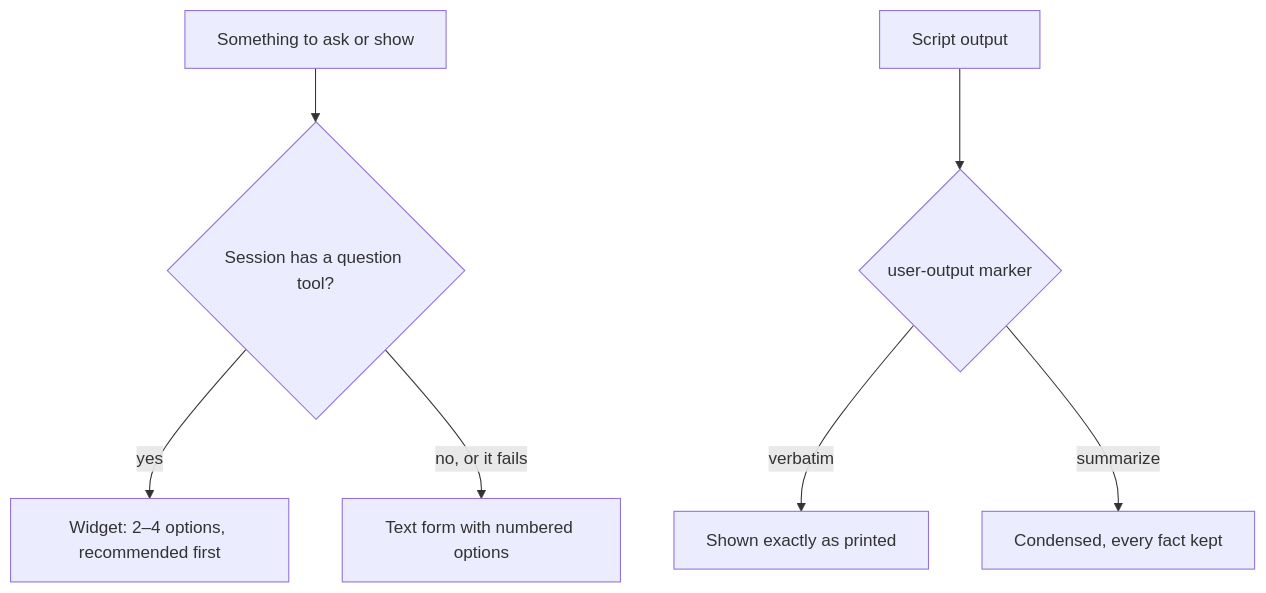
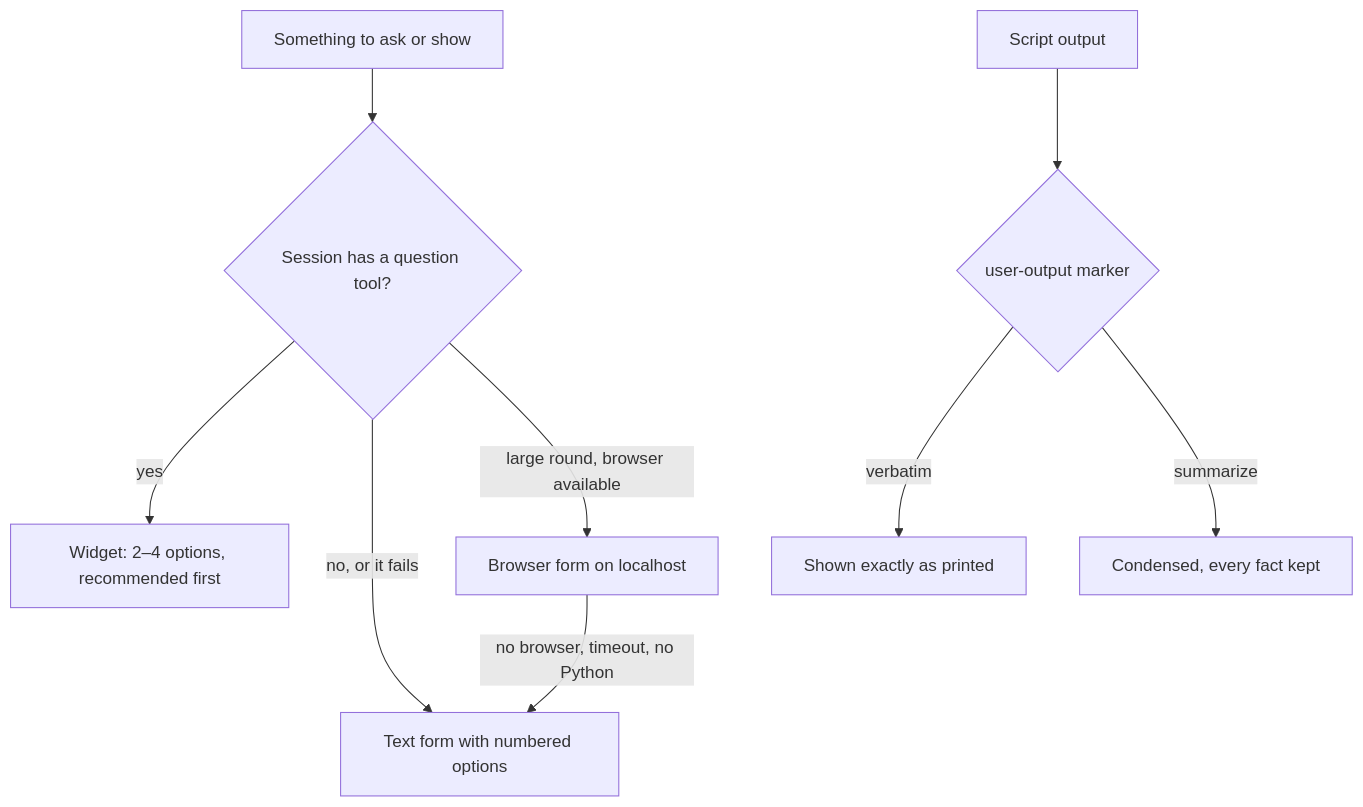
The diagram in skills/actions/an-dr-ai-use-user-interface/README.md (an-dr/agents), drawn with Mermaid before and after one commit. The commit also changed other lines of this file and 6 other files, not shown here.

First line of the commit message:
feat(policy): add a local browser form to the user-interface skill

````diff
--- a/skills/actions/an-dr-ai-use-user-interface/README.md
+++ b/skills/actions/an-dr-ai-use-user-interface/README.md
@@ -11,9 +11,11 @@
 ```mermaid
 flowchart TD
   Q[Something to ask or show] --> T{Session has a question tool?}
   T -- yes --> W[Widget: 2–4 options, recommended first]
   T -- no, or it fails --> X[Text form with numbered options]
+  T -- large round, browser available --> F[Browser form on localhost]
+  F -- no browser, timeout, no Python --> X
   S[Script output] --> M{user-output marker}
   M -- verbatim --> V[Shown exactly as printed]
   M -- summarize --> U[Condensed, every fact kept]
 ```
````
